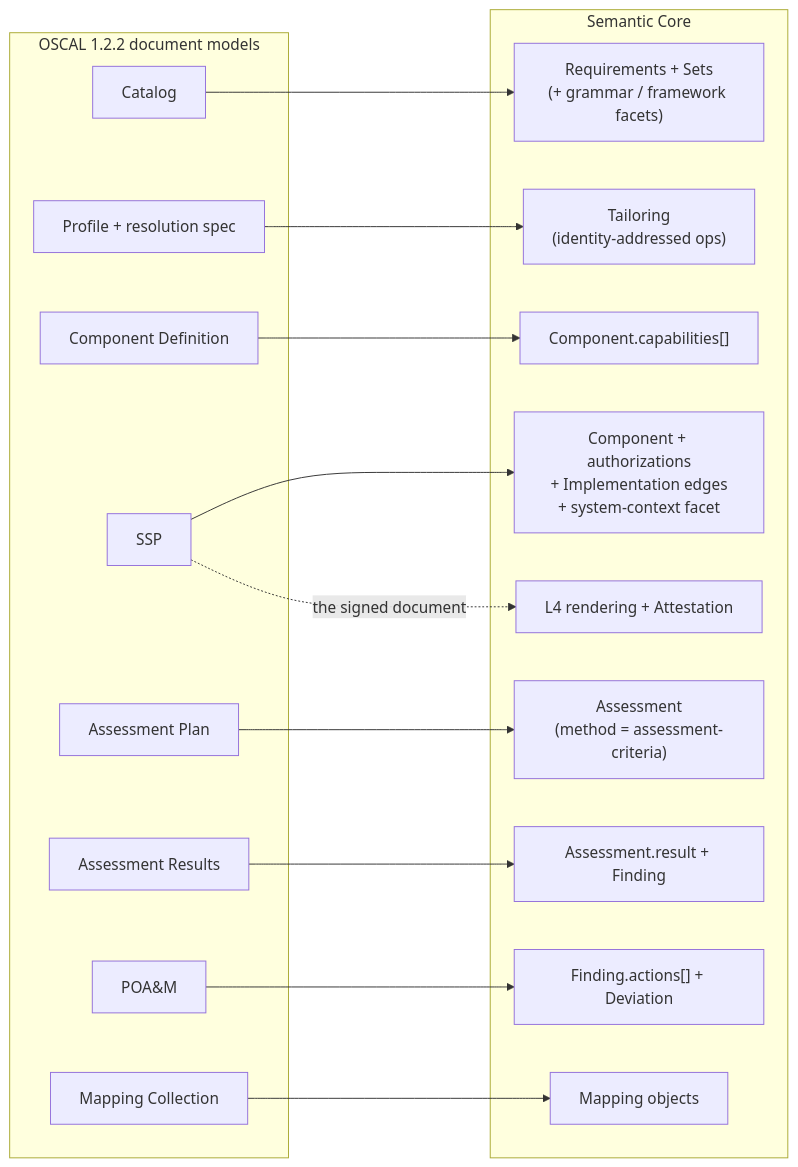
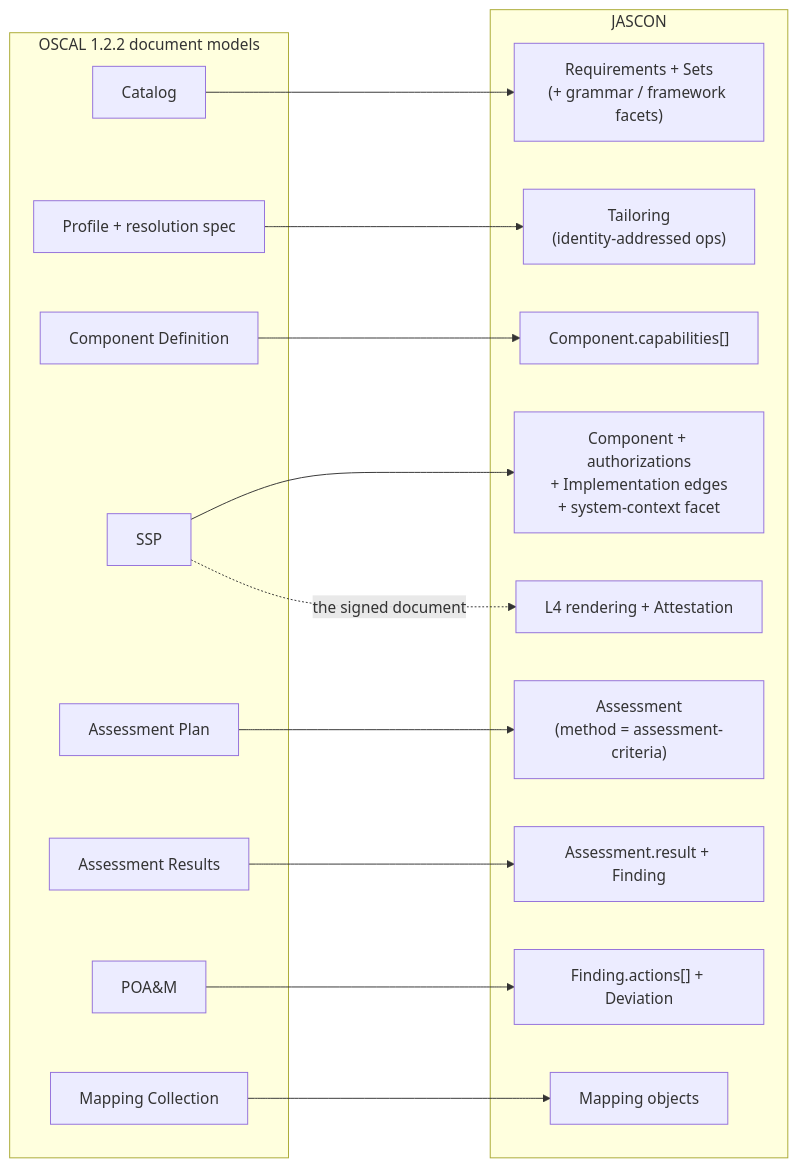
One commit to christoph-puppe/Semantic-OSCAL-2-Ideas changed the fourth of 4 diagrams in oscal-models-overview-1x-vs-semantic-core.md. Above: the diagram before and after it, drawn with Mermaid. The commit also changed other lines of this file and 33 other files, not shown here.

````diff
--- a/oscal-models-overview-1x-vs-semantic-core.md
+++ b/oscal-models-overview-1x-vs-semantic-core.md
@@ -164,38 +164,38 @@
 ```mermaid
 graph LR
   subgraph X["OSCAL 1.2.2 document models"]
     C1["Catalog"]
     P1["Profile + resolution spec"]
     CD1["Component Definition"]
     S1["SSP"]
     A1["Assessment Plan"]
     R1["Assessment Results"]
     PM1["POA&M"]
     M1["Mapping Collection"]
   end
-  subgraph K["Semantic Core"]
+  subgraph K["JASCON"]
     RQ["Requirements + Sets
 (+ grammar / framework facets)"]
     T2["Tailoring
 (identity-addressed ops)"]
     CP["Component.capabilities[]"]
     CO["Component + authorizations
 + Implementation edges
 + system-context facet"]
     AS["Assessment
 (method = assessment-criteria)"]
     FI["Assessment.result + Finding"]
     FA["Finding.actions[] + Deviation"]
     MP["Mapping objects"]
     AT["L4 rendering + Attestation"]
   end
   C1 --> RQ
   P1 --> T2
   CD1 --> CP
   S1 --> CO
   S1 -.->|"the signed document"| AT
   A1 --> AS
   R1 --> FI
   PM1 --> FA
   M1 --> MP
 ```
````
